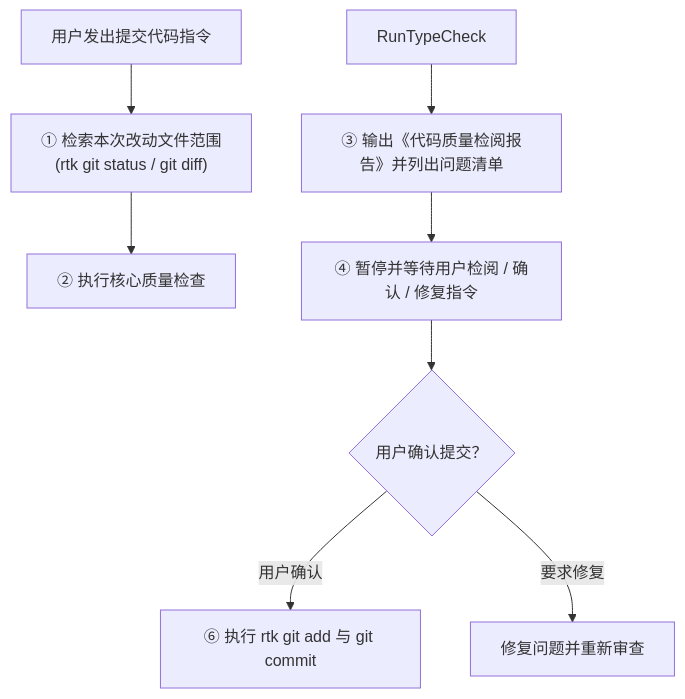
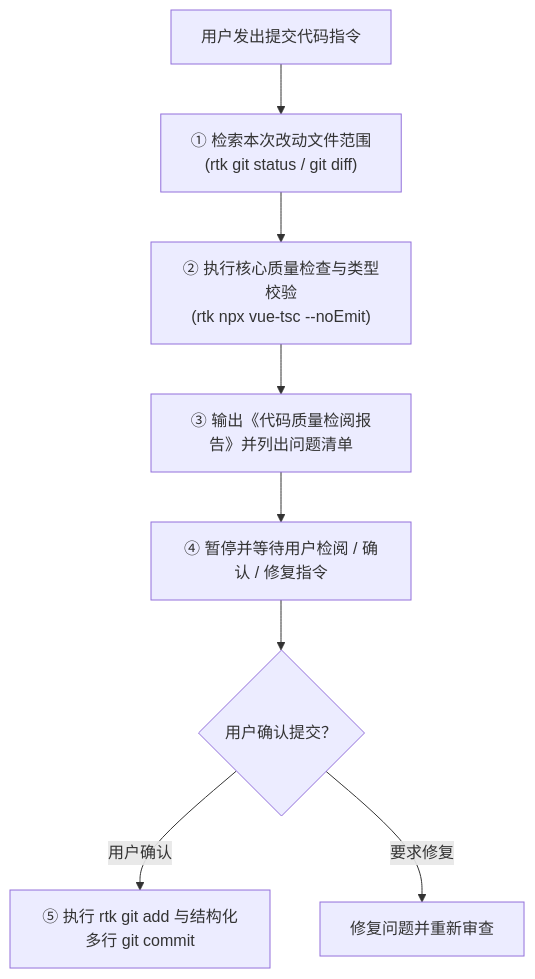
One commit to vm-L/Velora changed the diagram in .agents/rules/code_review_and_commit_standards.md. Above: the diagram before and after it, drawn with Mermaid. The commit also changed other lines of this file and 12 other files, not shown here.

````diff
--- a/.agents/rules/code_review_and_commit_standards.md
+++ b/.agents/rules/code_review_and_commit_standards.md
@@ -20,10 +20,10 @@
 ```mermaid
 flowchart TD
     UserReq["用户发出提交代码指令"] --> DiffAnalysis["① 检索本次改动文件范围<br/>(rtk git status / git diff)"]
-    DiffAnalysis --> QualityCheck["② 执行核心质量检查"]
-    RunTypeCheck --> OutputReport["③ 输出《代码质量检阅报告》并列出问题清单"]
+    DiffAnalysis --> QualityCheck["② 执行核心质量检查与类型校验<br/>(rtk npx vue-tsc --noEmit)"]
+    QualityCheck --> OutputReport["③ 输出《代码质量检阅报告》并列出问题清单"]
     OutputReport --> WaitConfirm["④ 暂停并等待用户检阅 / 确认 / 修复指令"]
     WaitConfirm --> UserApproved{"用户确认提交？"}
-    UserApproved -- "用户确认" --> ExecuteCommit["⑥ 执行 rtk git add 与 git commit"]
+    UserApproved -- "用户确认" --> ExecuteCommit["⑤ 执行 rtk git add 与结构化多行 git commit"]
     UserApproved -- "要求修复" --> FixIssues["修复问题并重新审查"]
 ```
````
